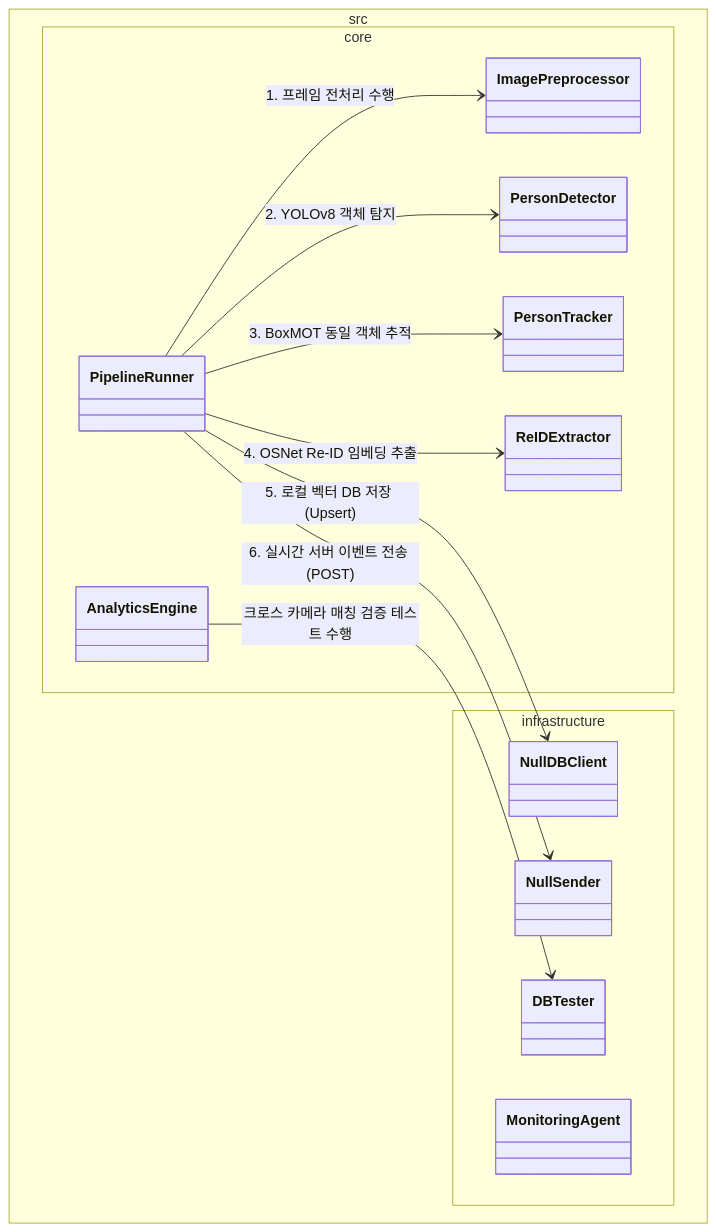
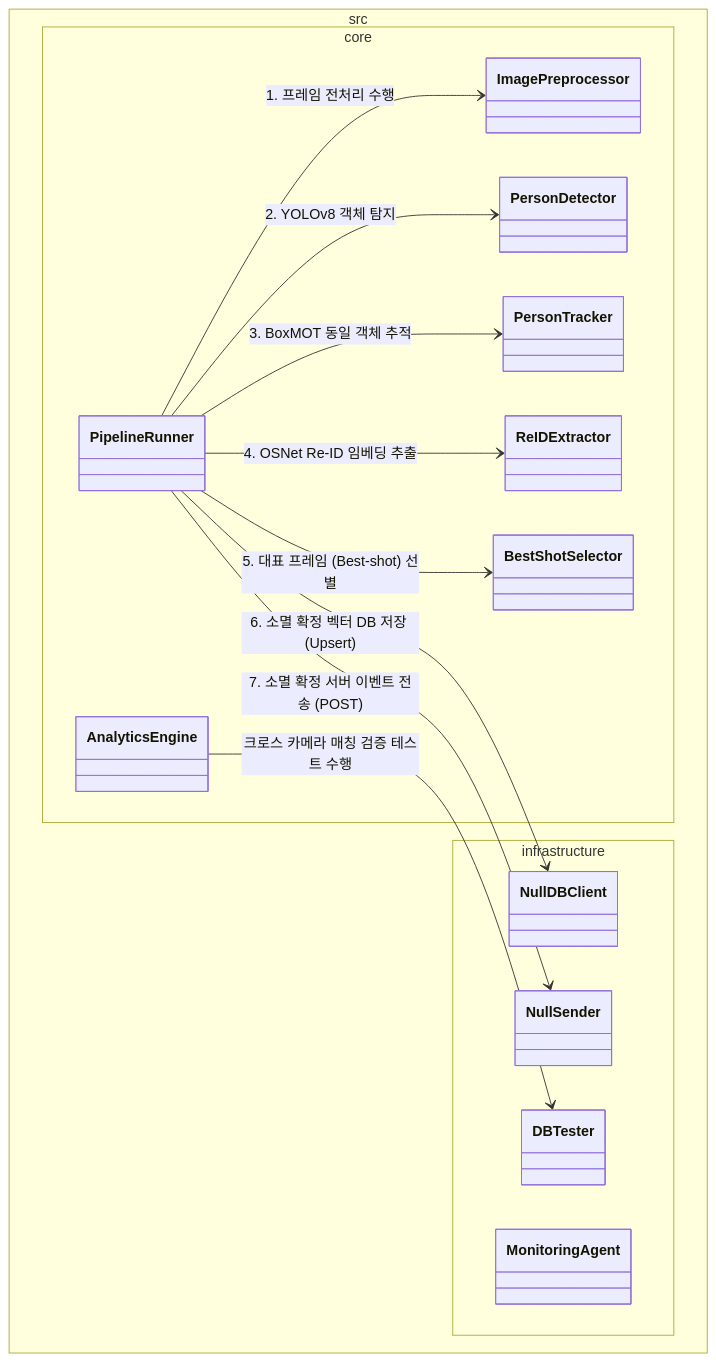
Before and after one commit to artport-max/EYE-D: the first of 6 diagrams in docs/edge-design.md, drawn with Mermaid. The commit also changed other lines of this file and 6 other files, not shown here.

First line of the commit message:
feat(edge-server): 베스트 샷(Best-shot) 주기적 중간 전송 기능 구현 및 스키마 연동

````diff
--- a/docs/edge-design.md
+++ b/docs/edge-design.md
@@ -51,25 +52,27 @@
 ```mermaid
 classDiagram
     namespace src.core {
         class PipelineRunner
         class ImagePreprocessor
         class PersonDetector
         class PersonTracker
         class ReIDExtractor
+        class BestShotSelector
         class AnalyticsEngine
     }
     namespace src.infrastructure {
         class DBTester
         class NullDBClient
         class NullSender
         class MonitoringAgent
     }
 
     PipelineRunner --> ImagePreprocessor : 1. 프레임 전처리 수행
     PipelineRunner --> PersonDetector : 2. YOLOv8 객체 탐지
     PipelineRunner --> PersonTracker : 3. BoxMOT 동일 객체 추적
     PipelineRunner --> ReIDExtractor : 4. OSNet Re-ID 임베딩 추출
-    PipelineRunner --> NullDBClient : 5. 로컬 벡터 DB 저장 (Upsert)
-    PipelineRunner --> NullSender : 6. 실시간 서버 이벤트 전송 (POST)
+    PipelineRunner --> BestShotSelector : 5. 대표 프레임 (Best-shot) 선별
+    PipelineRunner --> NullDBClient : 6. 소멸 확정 벡터 DB 저장 (Upsert)
+    PipelineRunner --> NullSender : 7. 소멸 확정 서버 이벤트 전송 (POST)
     AnalyticsEngine --> DBTester : 크로스 카메라 매칭 검증 테스트 수행
 ```
````
